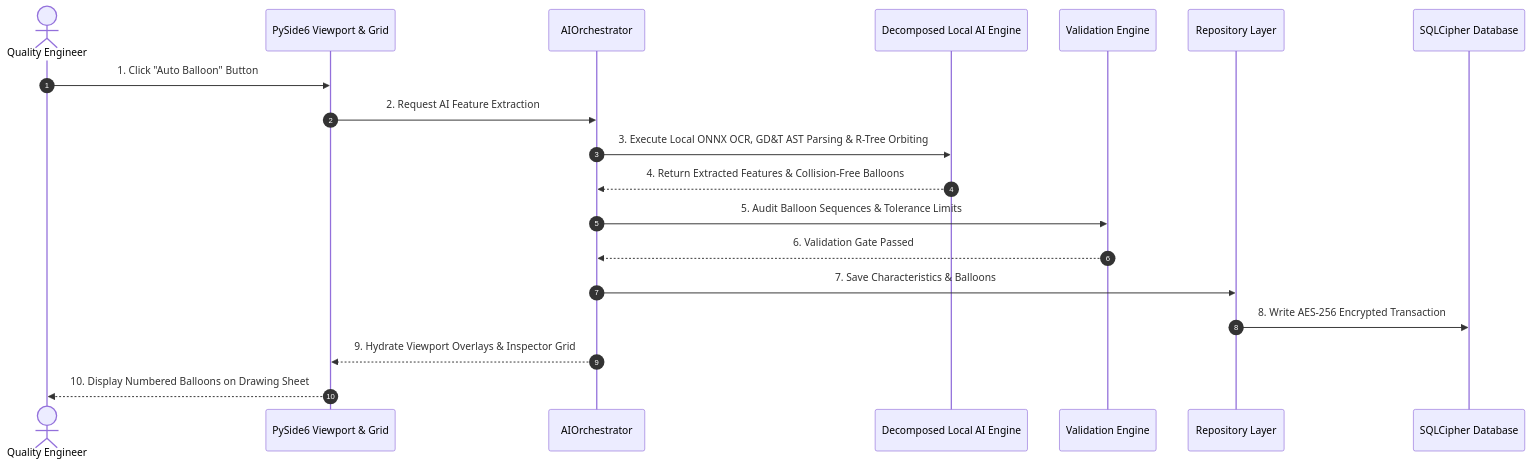
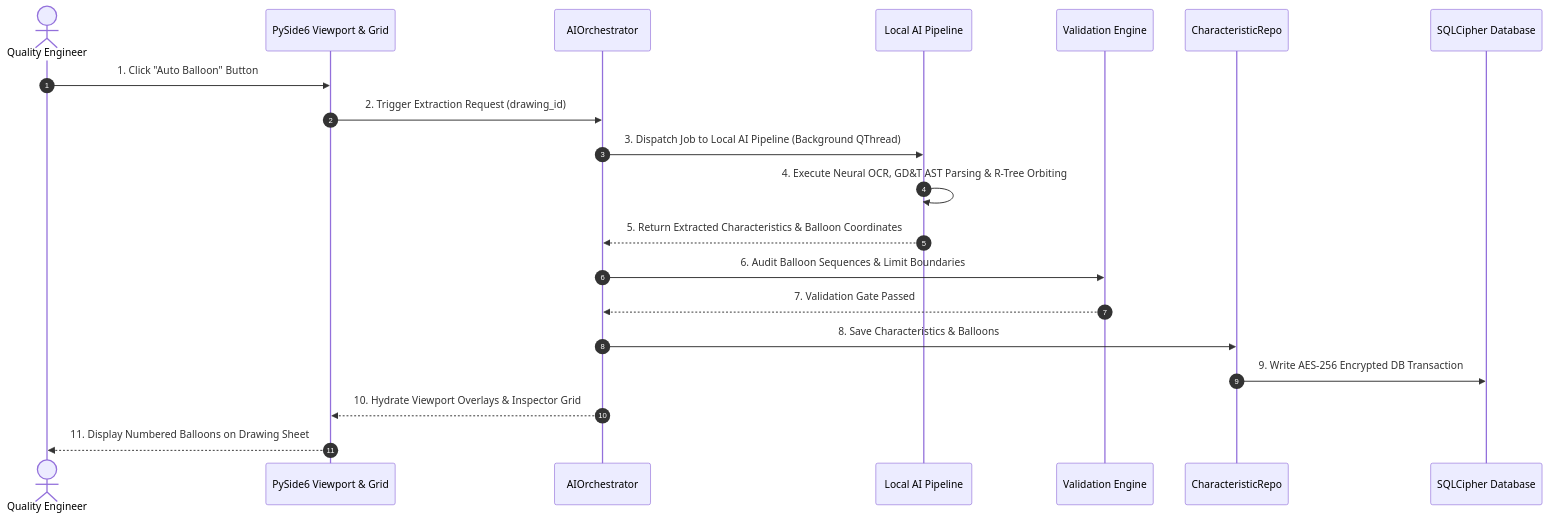
One commit to LoonistApp/Loonist changed the sixth of 7 diagrams in Phase_2_High_Level_Design.md. Above: the diagram before and after it, drawn with Mermaid. The commit also changed other lines of this file, not shown here.

Commit message:
docs(hld): add C4 diagrams, AI pipeline, deployment & error recovery views for baseline sign-off

````diff
--- a/Phase_2_High_Level_Design.md
+++ b/Phase_2_High_Level_Design.md
@@ -140,22 +188,23 @@
 ```mermaid
 sequenceDiagram
     autonumber
     actor Engineer as Quality Engineer
     participant UI as PySide6 Viewport & Grid
     participant Svc as AIOrchestrator
-    participant AI as Decomposed Local AI Engine
+    participant AI as Local AI Pipeline
     participant Val as Validation Engine
-    participant Repo as Repository Layer
-    participant Storage as SQLCipher Database
+    participant Repo as CharacteristicRepo
+    participant DB as SQLCipher Database
 
     Engineer->>UI: 1. Click "Auto Balloon" Button
-    UI->>Svc: 2. Request AI Feature Extraction
-    Svc->>AI: 3. Execute Local ONNX OCR, GD&T AST Parsing & R-Tree Orbiting
-    AI-->>Svc: 4. Return Extracted Features & Collision-Free Balloons
-    Svc->>Val: 5. Audit Balloon Sequences & Tolerance Limits
-    Val-->>Svc: 6. Validation Gate Passed
-    Svc->>Repo: 7. Save Characteristics & Balloons
-    Repo->>Storage: 8. Write AES-256 Encrypted Transaction
-    Svc-->>UI: 9. Hydrate Viewport Overlays & Inspector Grid
-    UI-->>Engineer: 10. Display Numbered Balloons on Drawing Sheet
+    UI->>Svc: 2. Trigger Extraction Request (drawing_id)
+    Svc->>AI: 3. Dispatch Job to Local AI Pipeline (Background QThread)
+    AI->>AI: 4. Execute Neural OCR, GD&T AST Parsing & R-Tree Orbiting
+    AI-->>Svc: 5. Return Extracted Characteristics & Balloon Coordinates
+    Svc->>Val: 6. Audit Balloon Sequences & Limit Boundaries
+    Val-->>Svc: 7. Validation Gate Passed
+    Svc->>Repo: 8. Save Characteristics & Balloons
+    Repo->>DB: 9. Write AES-256 Encrypted DB Transaction
+    Svc-->>UI: 10. Hydrate Viewport Overlays & Inspector Grid
+    UI-->>Engineer: 11. Display Numbered Balloons on Drawing Sheet
 ```
````
